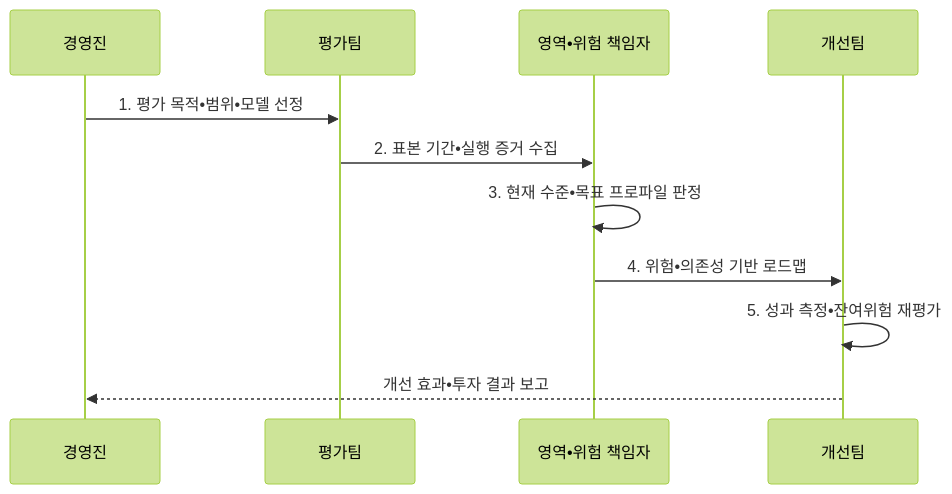
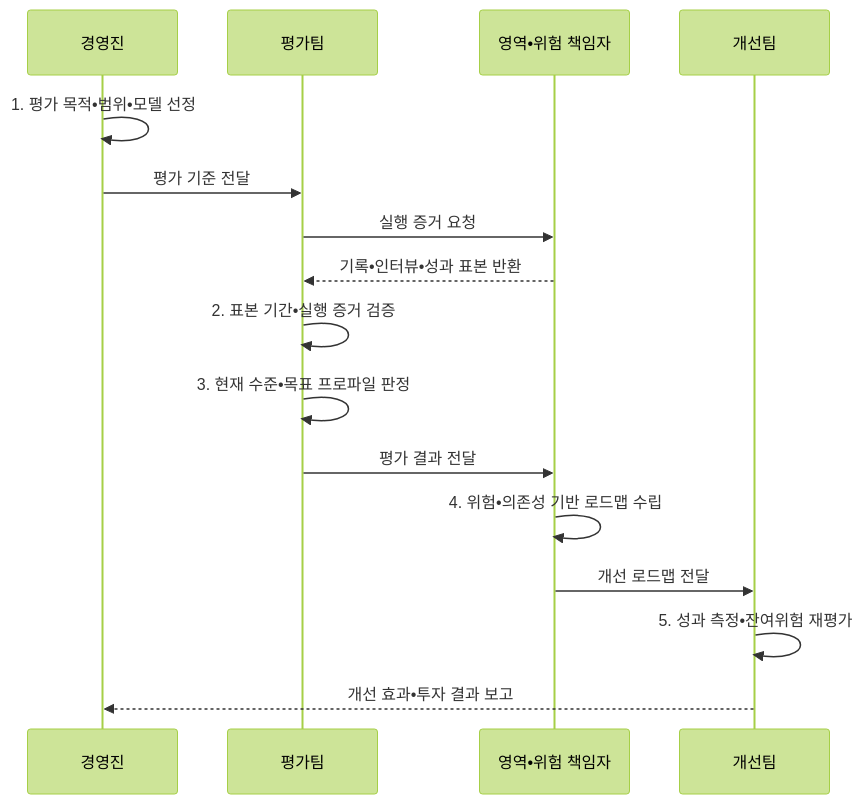
The second of 2 diagrams in src/content/docs/notes/05-security/147_security_maturity_model.md (agnusdei1207/knowledge-base), drawn with Mermaid (forest theme) before and after one commit. The commit also changed other lines of this file and 6 other files, not shown here.

````diff
--- a/src/content/docs/notes/05-security/147_security_maturity_model.md
+++ b/src/content/docs/notes/05-security/147_security_maturity_model.md
@@ -102,13 +102,18 @@
 ```mermaid
 sequenceDiagram
   participant M as 경영진
   participant A as 평가팀
   participant R as 영역•위험 책임자
   participant I as 개선팀
-  M->>A: 1. 평가 목적•범위•모델 선정
-  A->>R: 2. 표본 기간•실행 증거 수집
-  R->>R: 3. 현재 수준•목표 프로파일 판정
-  R->>I: 4. 위험•의존성 기반 로드맵
+  M->>M: 1. 평가 목적•범위•모델 선정
+  M->>A: 평가 기준 전달
+  A->>R: 실행 증거 요청
+  R-->>A: 기록•인터뷰•성과 표본 반환
+  A->>A: 2. 표본 기간•실행 증거 검증
+  A->>A: 3. 현재 수준•목표 프로파일 판정
+  A->>R: 평가 결과 전달
+  R->>R: 4. 위험•의존성 기반 로드맵 수립
+  R->>I: 개선 로드맵 전달
   I->>I: 5. 성과 측정•잔여위험 재평가
   I-->>M: 개선 효과•투자 결과 보고
 ```
````
